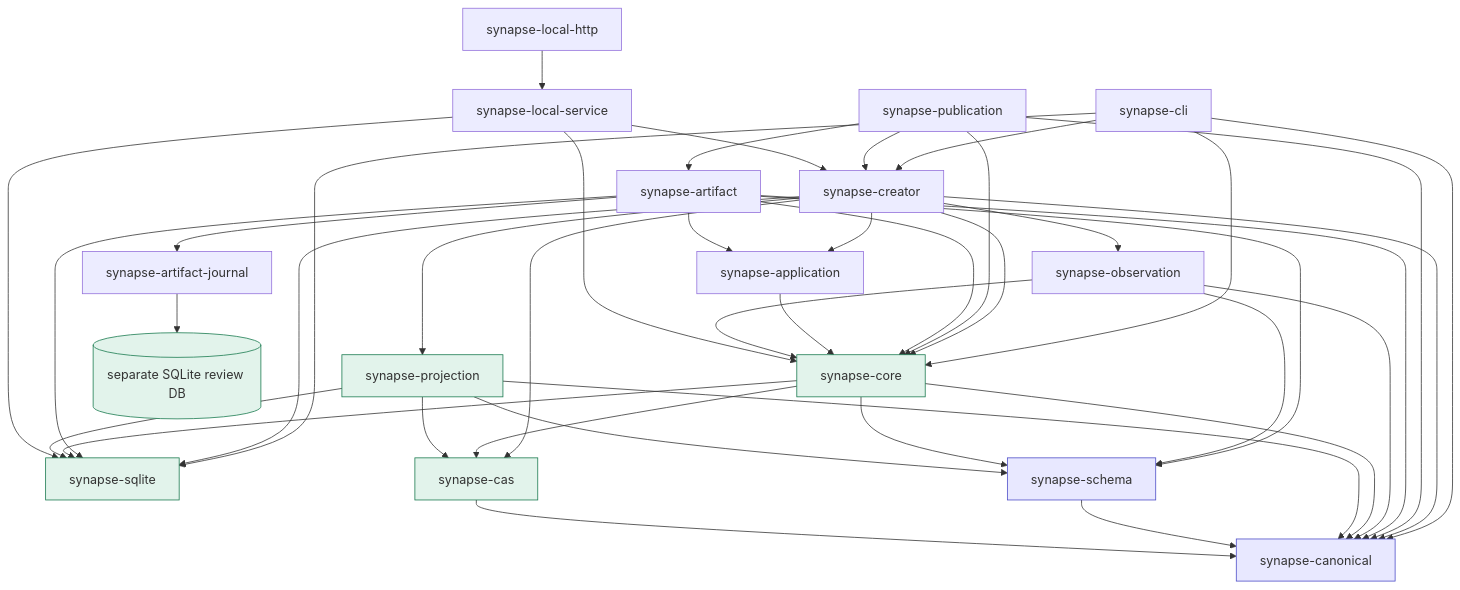
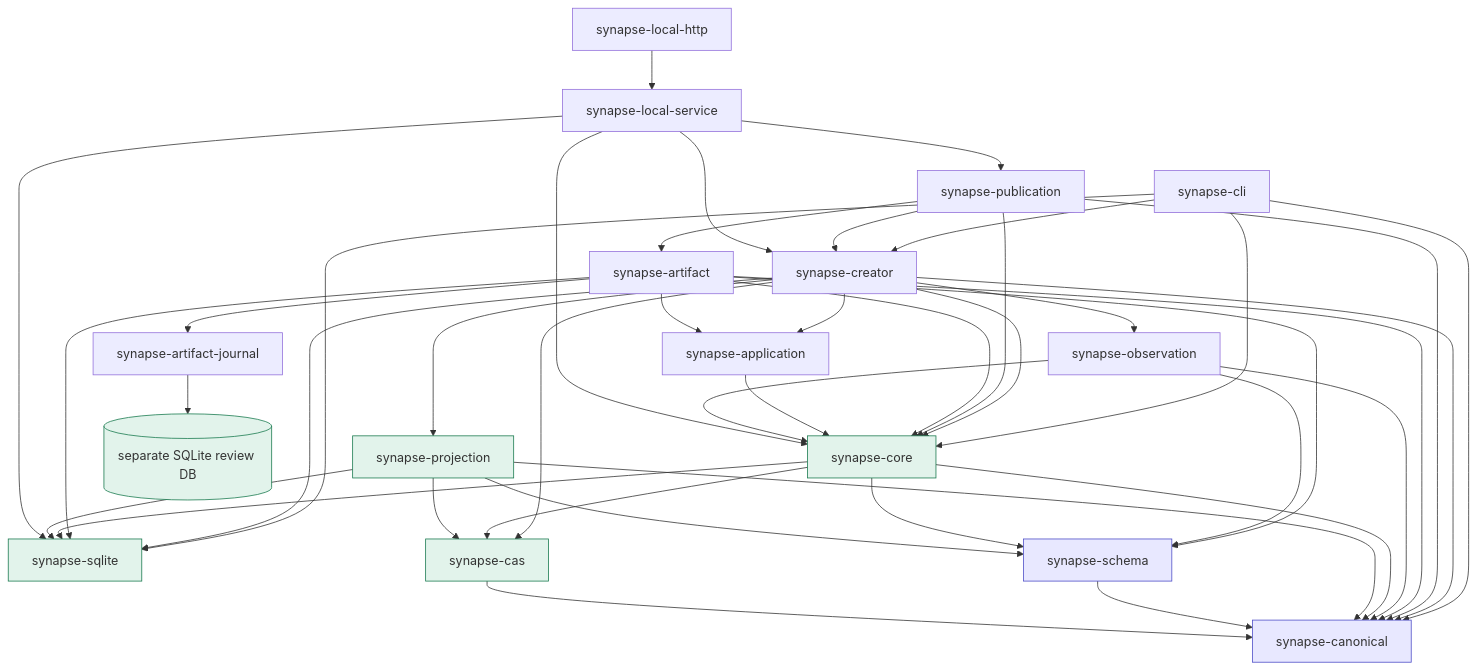
The diagram in CONTRIBUTING.md (howlrs/synapsegit), drawn with Mermaid before and after one commit. The commit also changed other lines of this file and 50 other files, not shown here.

````diff
--- a/CONTRIBUTING.md
+++ b/CONTRIBUTING.md
@@ -72,48 +77,49 @@
 ```mermaid
 flowchart TB
     CLI[synapse-cli] --> Core[synapse-core]
     CLI --> Canon[synapse-canonical]
     CLI --> SQLite[synapse-sqlite]
     CLI --> Creator[synapse-creator]
     Creator --> Application
     Creator --> Core
     Creator --> Observation
     Creator --> Projection
     Creator --> CAS
     Creator --> SQLite
     Creator --> Canon
     Publication[synapse-publication] --> Creator
     Publication --> Core
     Publication --> Canon
     Publication --> Artifact
     Artifact[synapse-artifact] --> Application
     Artifact --> Core
     Artifact --> SQLite
     Artifact --> Canon
     Artifact --> ArtifactJournal
     Artifact --> Schema
     ArtifactJournal[synapse-artifact-journal] --> JournalDb[(separate SQLite review DB)]
     Application[synapse-application] --> Core
     Observation[synapse-observation] --> Core
     Observation --> Schema
     Observation --> Canon
     Core --> Schema[synapse-schema]
     Core --> CAS[synapse-cas]
     Core --> SQLite
     Core --> Canon
     Projection[synapse-projection] --> CAS
     Projection --> SQLite
     Projection --> Schema
     Projection --> Canon
     Schema --> Canon
     CAS --> Canon
     LocalHttp[synapse-local-http] --> LocalService[synapse-local-service]
     LocalService --> Core
     LocalService --> Creator
     LocalService --> SQLite
+    LocalService --> Publication
 
     classDef identity fill:#e8e8ff,stroke:#4c4cc7;
     classDef storage fill:#e2f3eb,stroke:#18794e;
     class Canon,Schema identity;
     class CAS,SQLite,Core,Projection,JournalDb storage;
 ```
````
